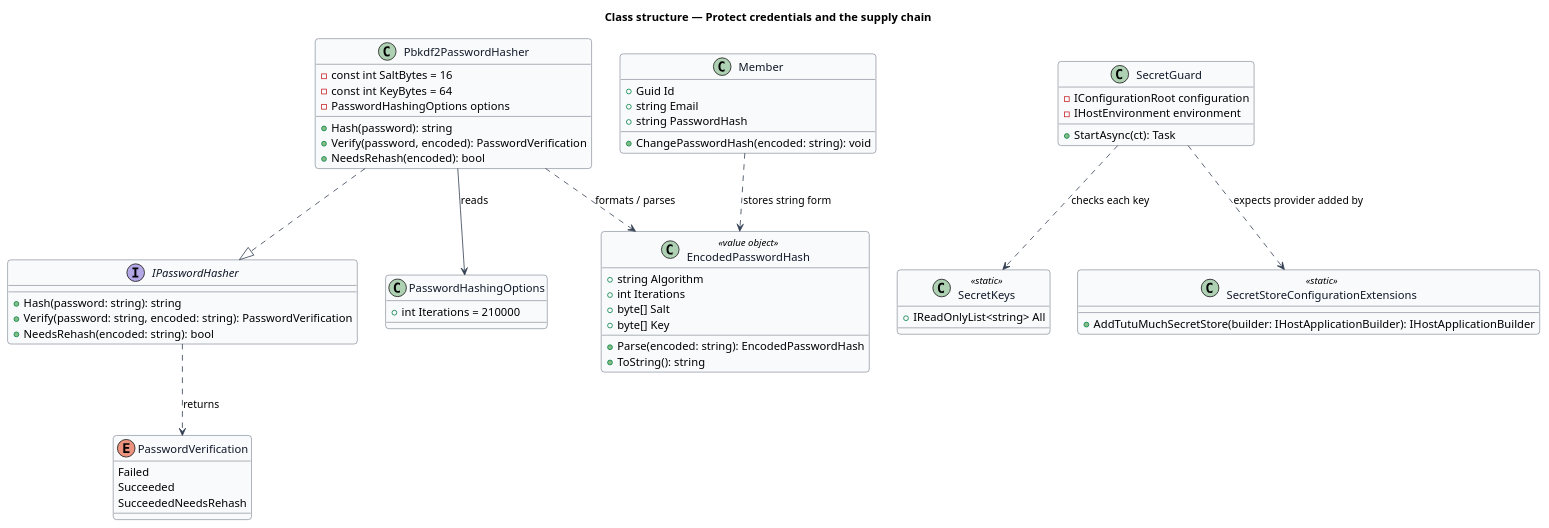
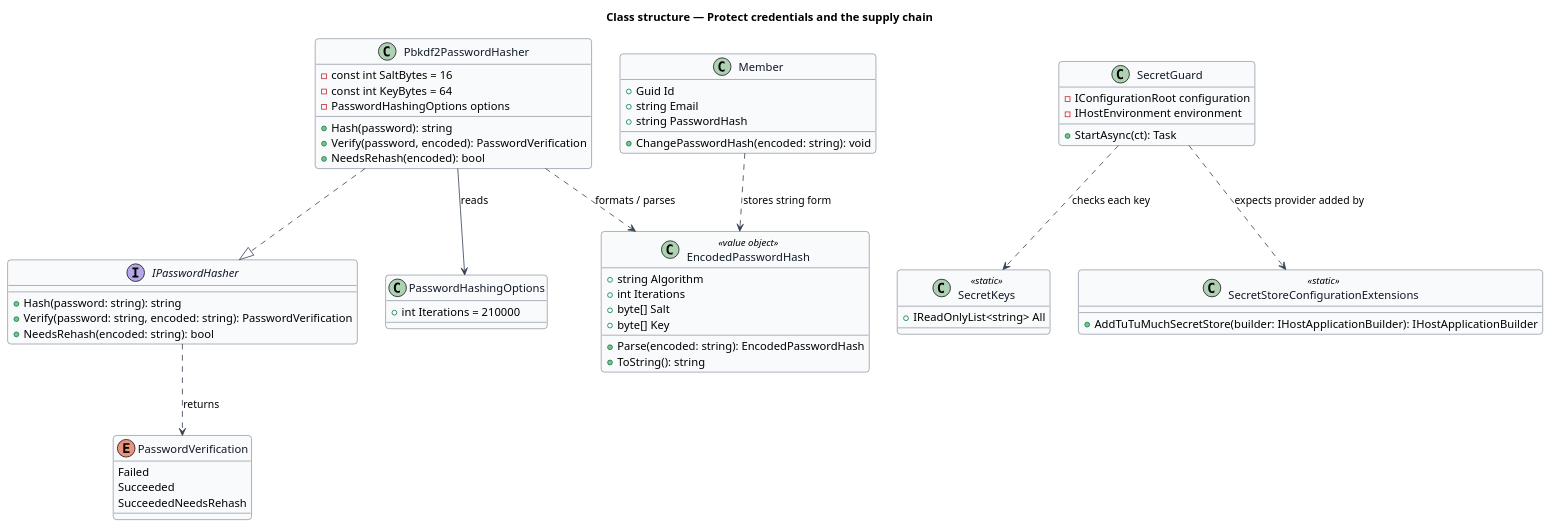
The diagram in docs/detailed-designs/platform/protect-credentials-and-supply-chain/diagrams/class-structure.puml (QuinntyneBrown/tutumuch), drawn with PlantUML before and after one commit. The commit also changed 1004 other files, not shown here.

```diff
--- a/docs/detailed-designs/platform/protect-credentials-and-supply-chain/diagrams/class-structure.puml
+++ b/docs/detailed-designs/platform/protect-credentials-and-supply-chain/diagrams/class-structure.puml
@@ -1,68 +1,68 @@
 @startuml
 skinparam backgroundColor #FFFFFF
 skinparam shadowing false
 skinparam roundcorner 8
 skinparam defaultFontName Arial
 skinparam ArrowColor #344054
 skinparam class {
   BorderColor #344054
   FontColor #101828
   BackgroundColor #F9FAFB
 }
 title Class structure — Protect credentials and the supply chain
 
 interface IPasswordHasher {
   +Hash(password: string): string
   +Verify(password: string, encoded: string): PasswordVerification
   +NeedsRehash(encoded: string): bool
 }
 enum PasswordVerification {
   Failed
   Succeeded
   SucceededNeedsRehash
 }
 class Pbkdf2PasswordHasher {
   -const int SaltBytes = 16
   -const int KeyBytes = 64
   -PasswordHashingOptions options
   +Hash(password): string
   +Verify(password, encoded): PasswordVerification
   +NeedsRehash(encoded): bool
 }
 class PasswordHashingOptions {
   +int Iterations = 210000
 }
 class EncodedPasswordHash <<value object>> {
   +string Algorithm
   +int Iterations
   +byte[] Salt
   +byte[] Key
   +Parse(encoded: string): EncodedPasswordHash
   +ToString(): string
 }
 class Member {
   +Guid Id
   +string Email
   +string PasswordHash
   +ChangePasswordHash(encoded: string): void
 }
 class SecretKeys <<static>> {
   +IReadOnlyList<string> All
 }
 class SecretGuard {
   -IConfigurationRoot configuration
   -IHostEnvironment environment
   +StartAsync(ct): Task
 }
 class SecretStoreConfigurationExtensions <<static>> {
-  +AddTutuMuchSecretStore(builder: IHostApplicationBuilder): IHostApplicationBuilder
+  +AddTuTuMuchSecretStore(builder: IHostApplicationBuilder): IHostApplicationBuilder
 }
 
 Pbkdf2PasswordHasher ..|> IPasswordHasher
 Pbkdf2PasswordHasher --> PasswordHashingOptions : reads
 Pbkdf2PasswordHasher ..> EncodedPasswordHash : formats / parses
 IPasswordHasher ..> PasswordVerification : returns
 Member ..> EncodedPasswordHash : stores string form
 SecretGuard ..> SecretKeys : checks each key
 SecretGuard ..> SecretStoreConfigurationExtensions : expects provider added by
 @enduml
```
